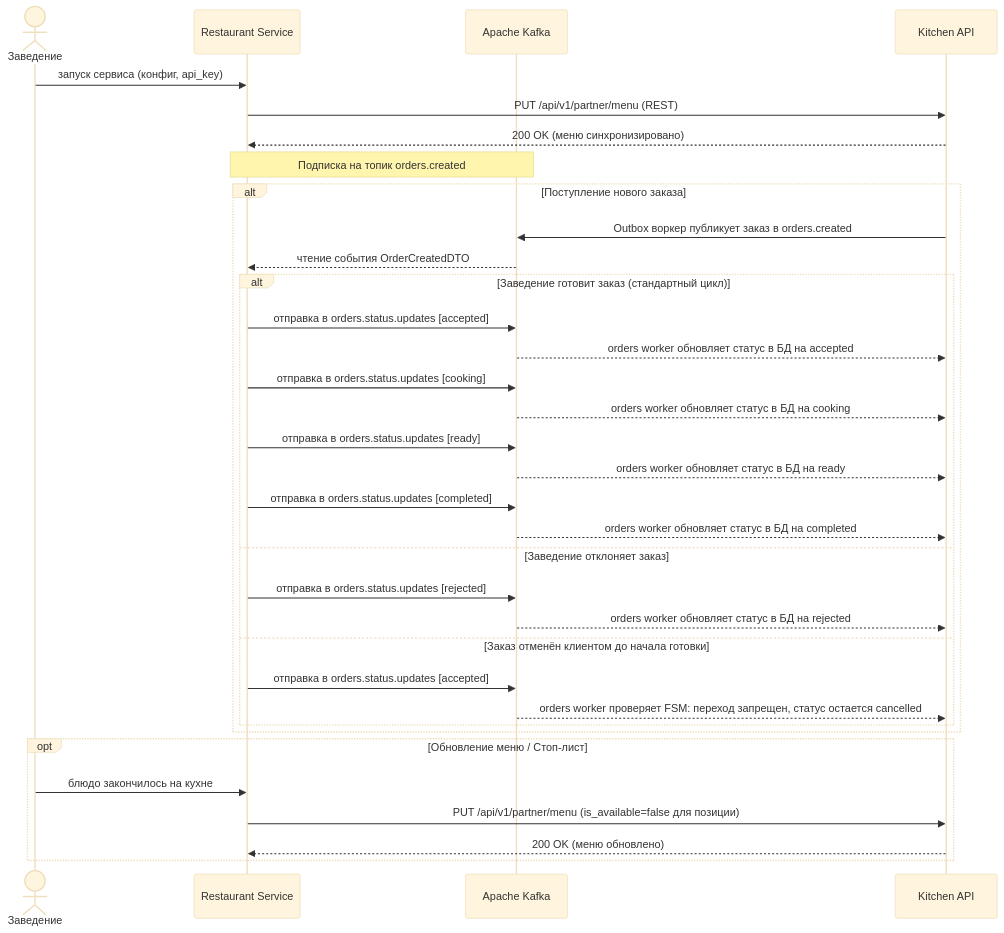
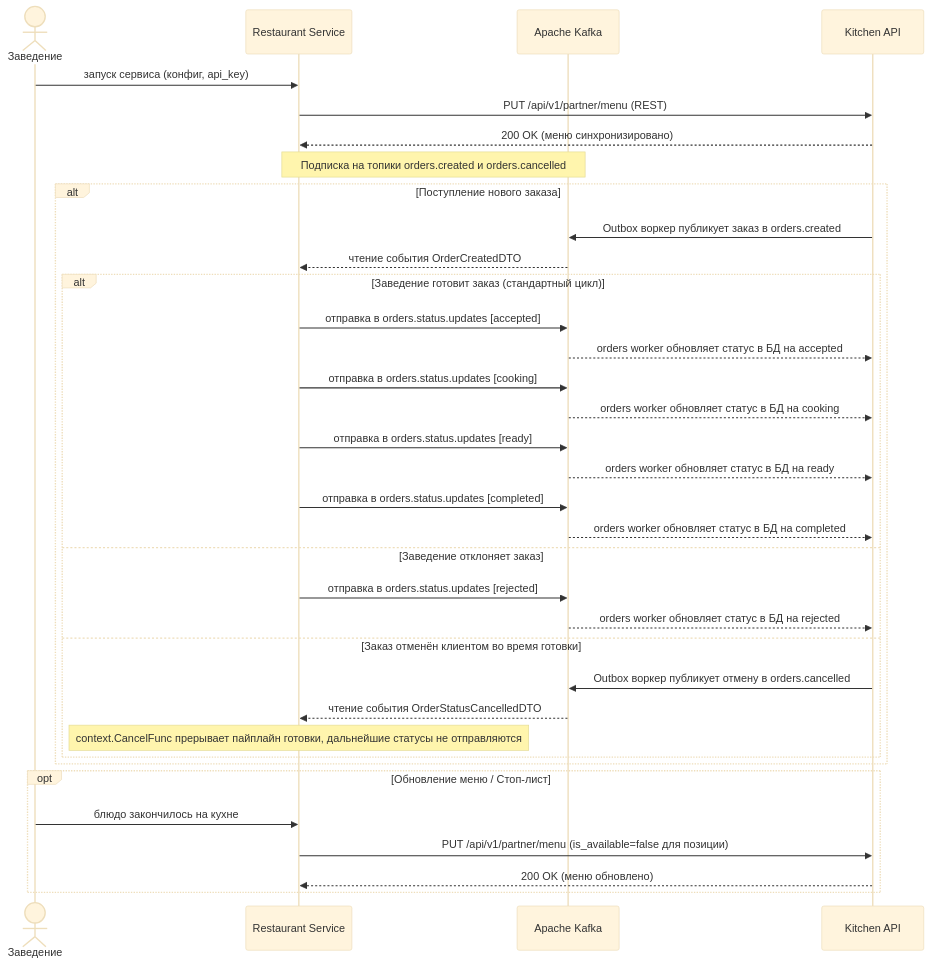
The diagram in docs/cjm-restaurant.md (R0uT3r52/kitchen-api), drawn with Mermaid (base theme) before and after one commit. The commit also changed other lines of this file and 9 other files, not shown here.

````diff
--- a/docs/cjm-restaurant.md
+++ b/docs/cjm-restaurant.md
@@ -5,41 +5,42 @@
 ```mermaid
 sequenceDiagram
     actor R as Заведение
     participant RS as Restaurant Service
     participant K as Apache Kafka
     participant A as Kitchen API
 
     R->>RS: запуск сервиса (конфиг, api_key)
     RS->>A: PUT /api/v1/partner/menu (REST)
     A-->>RS: 200 OK (меню синхронизировано)
 
-    Note over K,RS: Подписка на топик orders.created
+    Note over K,RS: Подписка на топики orders.created и orders.cancelled
 
     alt Поступление нового заказа
         A->>K: Outbox воркер публикует заказ в orders.created
         K-->>RS: чтение события OrderCreatedDTO
 
         alt Заведение готовит заказ (стандартный цикл)
             RS->>K: отправка в orders.status.updates [accepted]
             K-->>A: orders worker обновляет статус в БД на accepted
             RS->>K: отправка в orders.status.updates [cooking]
             K-->>A: orders worker обновляет статус в БД на cooking
             RS->>K: отправка в orders.status.updates [ready]
             K-->>A: orders worker обновляет статус в БД на ready
             RS->>K: отправка в orders.status.updates [completed]
             K-->>A: orders worker обновляет статус в БД на completed
         else Заведение отклоняет заказ
             RS->>K: отправка в orders.status.updates [rejected]
             K-->>A: orders worker обновляет статус в БД на rejected
-        else Заказ отменён клиентом до начала готовки
-            RS->>K: отправка в orders.status.updates [accepted]
-            K-->>A: orders worker проверяет FSM: переход запрещен, статус остается cancelled
+        else Заказ отменён клиентом во время готовки
+            A->>K: Outbox воркер публикует отмену в orders.cancelled
+            K-->>RS: чтение события OrderStatusCancelledDTO
+            Note over RS: context.CancelFunc прерывает пайплайн готовки, дальнейшие статусы не отправляются
         end
     end
 
     opt Обновление меню / Стоп-лист
         R->>RS: блюдо закончилось на кухне
         RS->>A: PUT /api/v1/partner/menu (is_available=false для позиции)
         A-->>RS: 200 OK (меню обновлено)
     end
 ```
````
